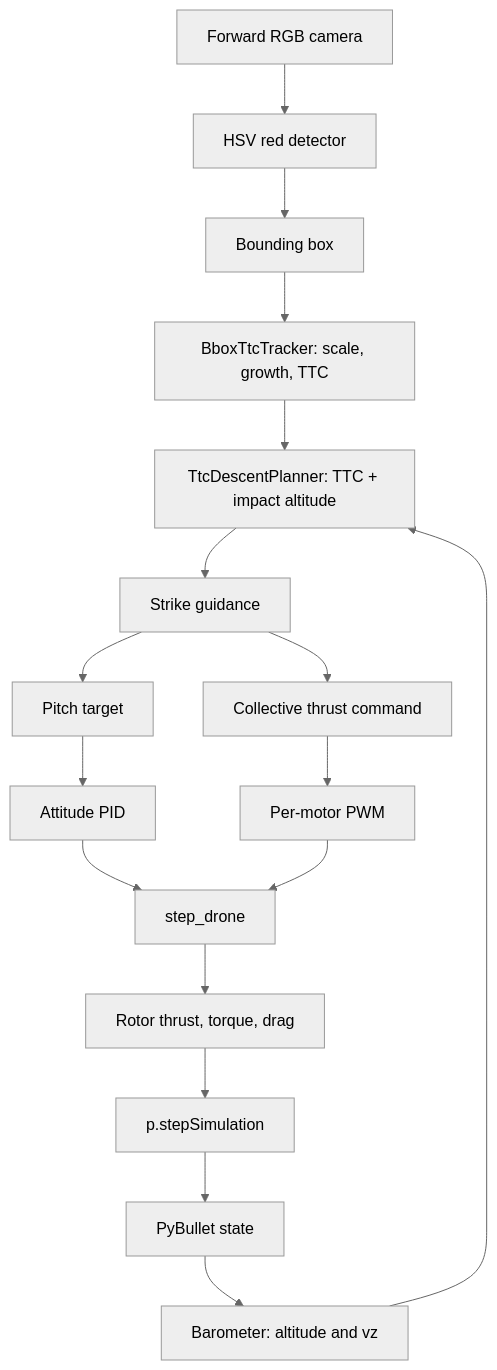
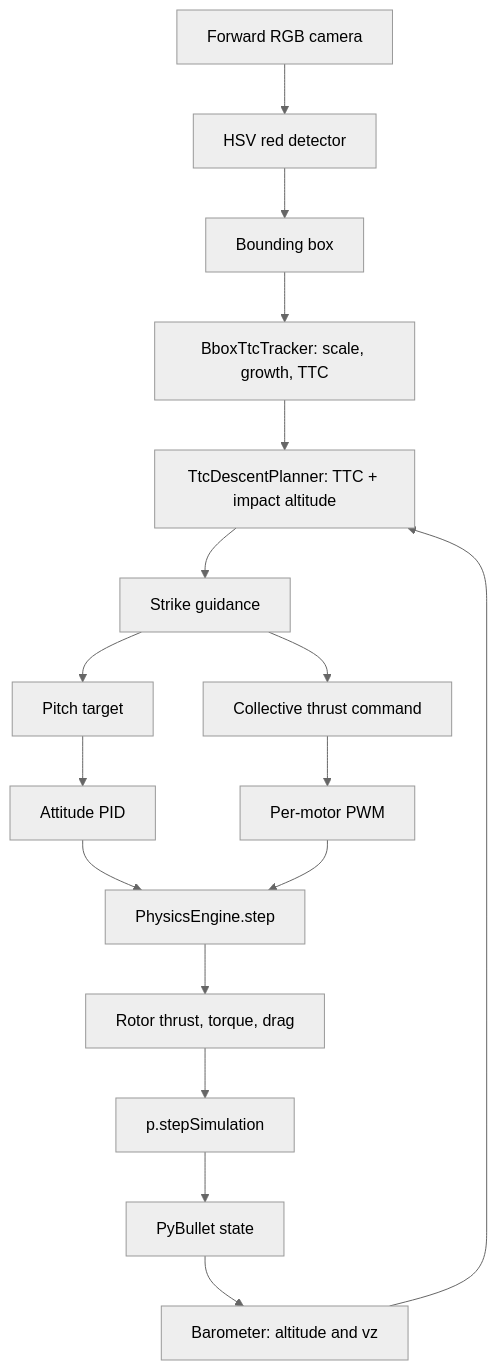
The diagram in design/ttc_bbox_diagonal_strike.md (amire2000/drone-physics-and-simulation-course), drawn with Mermaid (neutral theme) before and after one commit. The commit also changed 30 other files, not shown here.

Commit message:
refactor shared drone physics engine

````diff
--- a/design/ttc_bbox_diagonal_strike.md
+++ b/design/ttc_bbox_diagonal_strike.md
@@ -31,19 +31,19 @@
 ```mermaid
 flowchart TD
     camera[Forward RGB camera] --> hsv[HSV red detector]
     hsv --> bbox[Bounding box]
     bbox --> ttc[BboxTtcTracker: scale, growth, TTC]
     physics[PyBullet state] --> barometer[Barometer: altitude and vz]
     ttc --> planner[TtcDescentPlanner: TTC + impact altitude]
     barometer --> planner
     planner --> guidance[Strike guidance]
     guidance --> collective[Collective thrust command]
     guidance --> pitch[Pitch target]
     pitch --> attitude[Attitude PID]
     collective --> pwm[Per-motor PWM]
-    attitude --> step[step_drone]
+    attitude --> step[PhysicsEngine.step]
     pwm --> step
     step --> forces[Rotor thrust, torque, drag]
     forces --> next[p.stepSimulation]
     next --> physics
 ```
````
